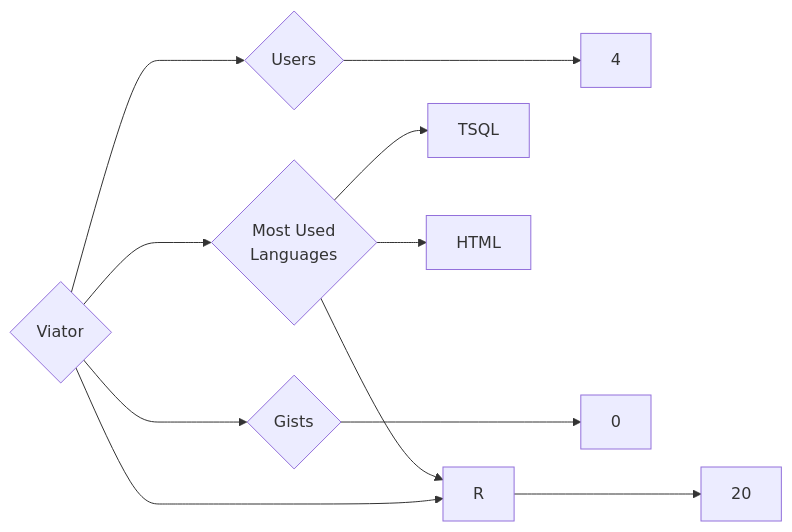
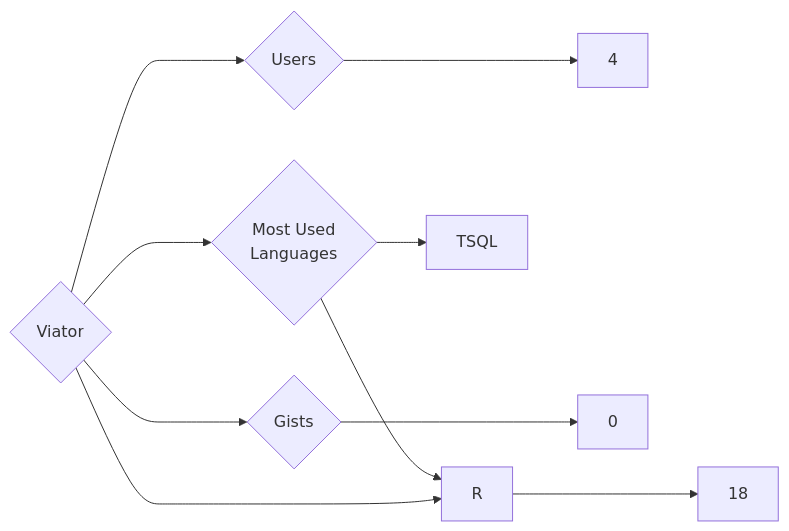
One commit to trickest/insiders changed the diagram in targets/Viator/README.md. Above: the diagram before and after it, drawn with Mermaid. The commit also changed 886 other files, not shown here.

````diff
--- a/targets/Viator/README.md
+++ b/targets/Viator/README.md
@@ -3,11 +3,10 @@
 ```mermaid
 graph LR
 COMPANY_NAME{Viator}
 COMPANY_NAME ---> U{Users} ---> UN[4]
-COMPANY_NAME ---> R{Repositories} ---> RN[20]
+COMPANY_NAME ---> R{Repositories} ---> RN[18]
 COMPANY_NAME ---> G{Gists} ---> GN[0]
 COMPANY_NAME ---> ML{Most Used<br>Languages}
 ML --> TSQL[TSQL]
 ML --> R[R]
-ML --> HTML[HTML]
 ```
````
